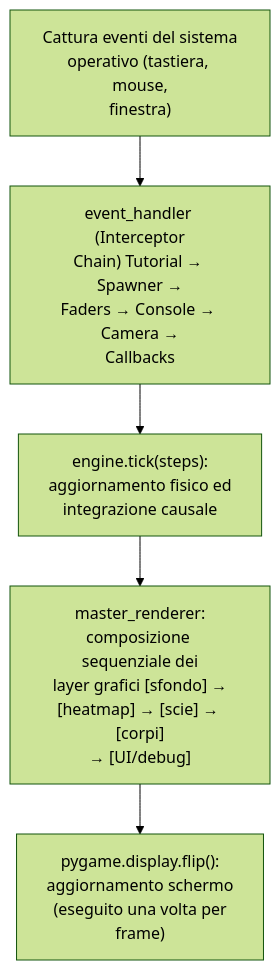
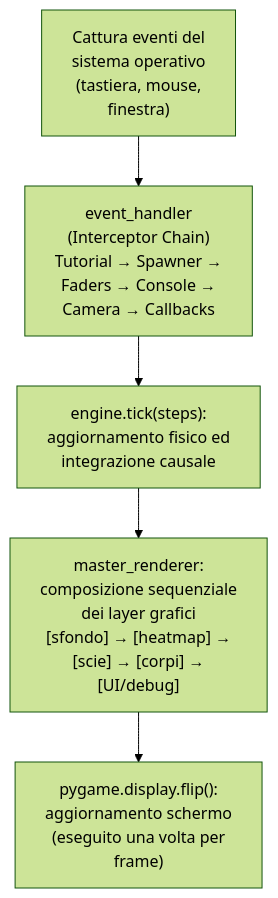
One commit to alessandro-pioli/AstroCausal_Engine changed the tenth of 11 diagrams in ARCHITECTURE_DEEP_DIVE.it.md. Above: the diagram before and after it, drawn with Mermaid (forest theme). The commit also changed other lines of this file and 2 other files, not shown here.

````diff
--- a/ARCHITECTURE_DEEP_DIVE.it.md
+++ b/ARCHITECTURE_DEEP_DIVE.it.md
@@ -774,7 +772,7 @@
 ```mermaid
 flowchart TD
-    A["Cattura eventi del sistema<br/>operativo (tastiera, mouse,<br/>finestra)"] --> B["event_handler (Interceptor<br/>Chain) Tutorial → Spawner →<br/>Faders → Console → Camera →<br/>Callbacks"]
+    A["Cattura eventi del<br/>sistema operativo<br/>(tastiera, mouse,<br/>finestra)"] --> B["event_handler<br/>(Interceptor Chain)<br/>Tutorial → Spawner →<br/>Faders → Console →<br/>Camera → Callbacks"]
     B --> C["engine.tick(steps):<br/>aggiornamento fisico ed<br/>integrazione causale"]
-    C --> D["master_renderer:<br/>composizione sequenziale dei<br/>layer grafici [sfondo] →<br/>[heatmap] → [scie] → [corpi]<br/>→ [UI/debug]"]
+    C --> D["master_renderer:<br/>composizione sequenziale<br/>dei layer grafici<br/>[sfondo] → [heatmap] →<br/>[scie] → [corpi] →<br/>[UI/debug]"]
     D --> E["pygame.display.flip():<br/>aggiornamento schermo<br/>(eseguito una volta per<br/>frame)"]
 ```
````
